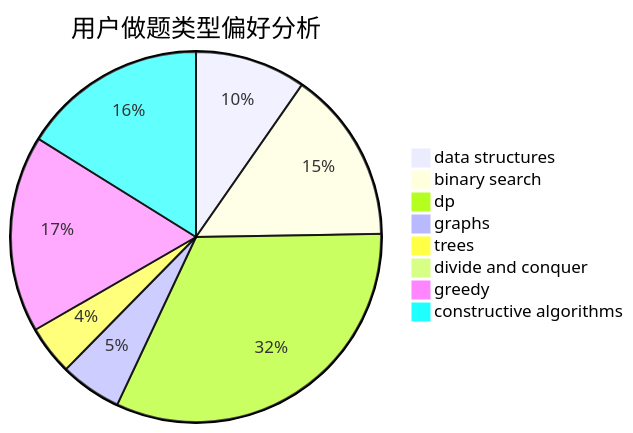
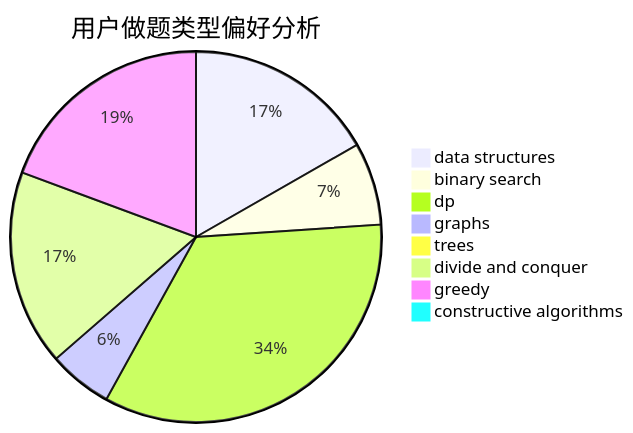
Before and after one commit to sherpahu/cfrs.github.io: the second of 3 diagrams in docs/user/u2054.md, drawn with Mermaid. The commit also changed other lines of this file and 2770 other files, not shown here.

````diff
--- a/docs/user/u2054.md
+++ b/docs/user/u2054.md
@@ -23,11 +23,11 @@
 ```mermaid
 pie title 用户做题类型偏好分析
-    "data structures" :  9
-    "binary search" :  14
-    "dp" :  30
-    "graphs" :  5
-    "trees" :  4
-    "divide and conquer" :  0
-    "greedy" :  16
-    "constructive algorithms" :  15
+    "data structures" :  51
+    "binary search" :  22
+    "dp" :  104
+    "graphs" :  17
+    "trees" :  0
+    "divide and conquer" :  52
+    "greedy" :  59
+    "constructive algorithms" :  3
 ```
````
